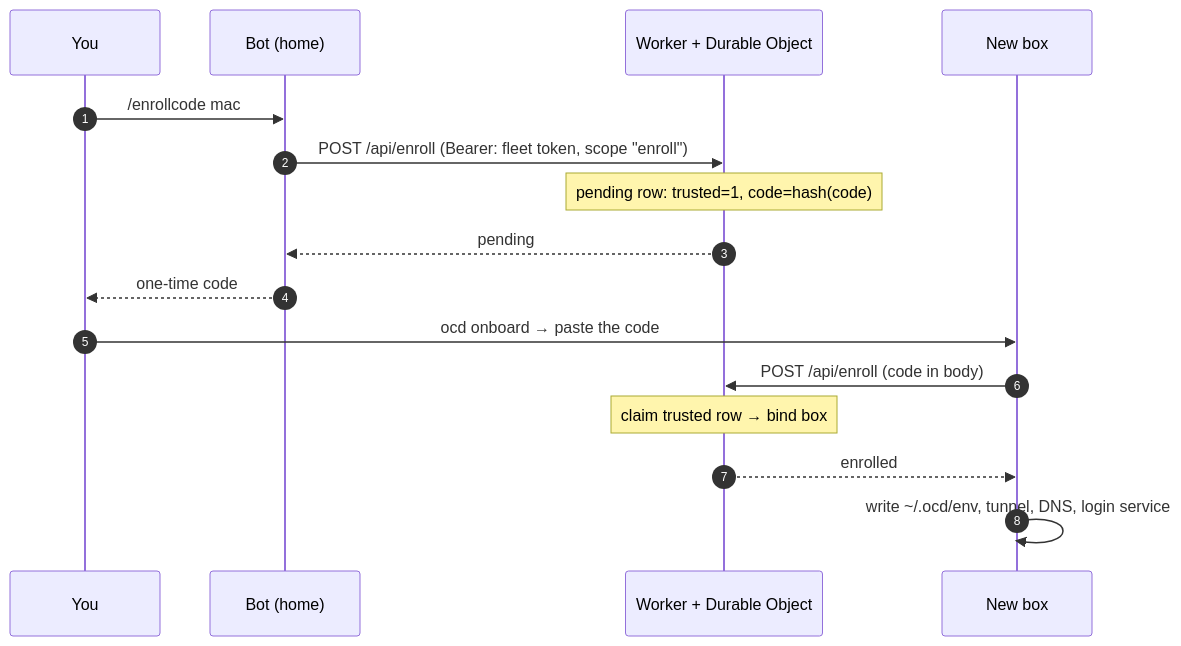
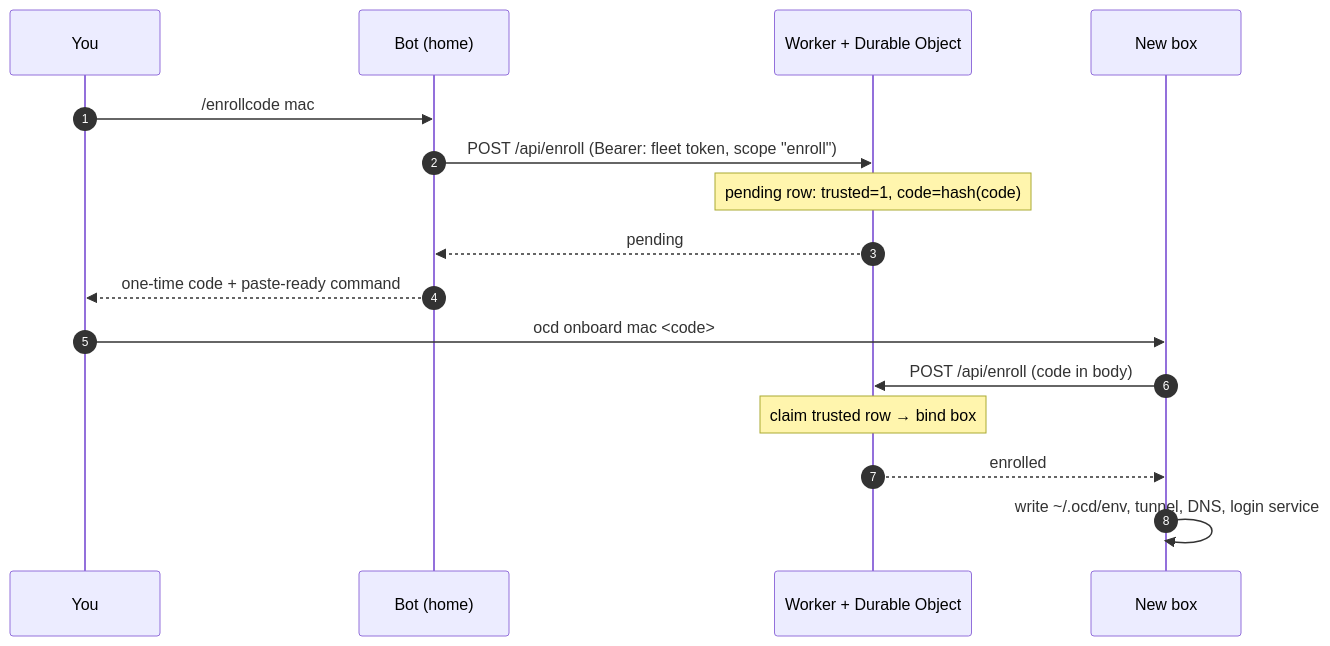
The third of 4 diagrams in docs/architecture.md (mfenderov/ocd), drawn with Mermaid before and after one commit. The commit also changed 10 other files, not shown here.

````diff
--- a/docs/architecture.md
+++ b/docs/architecture.md
@@ -90,19 +90,19 @@
 ```mermaid
 sequenceDiagram
   autonumber
   participant Y as You
   participant B as Bot (home)
   participant W as Worker + Durable Object
   participant N as New box
 
   Y->>B: /enrollcode mac
   B->>W: POST /api/enroll  (Bearer: fleet token, scope "enroll")
   Note over W: pending row: trusted=1, code=hash(code)
   W-->>B: pending
-  B-->>Y: one-time code
-  Y->>N: ocd onboard → paste the code
+  B-->>Y: one-time code + paste-ready command
+  Y->>N: ocd onboard mac <code>
   N->>W: POST /api/enroll  (code in body)
   Note over W: claim trusted row → bind box
   W-->>N: enrolled
   N->>N: write ~/.ocd/env, tunnel, DNS, login service
 ```
````
